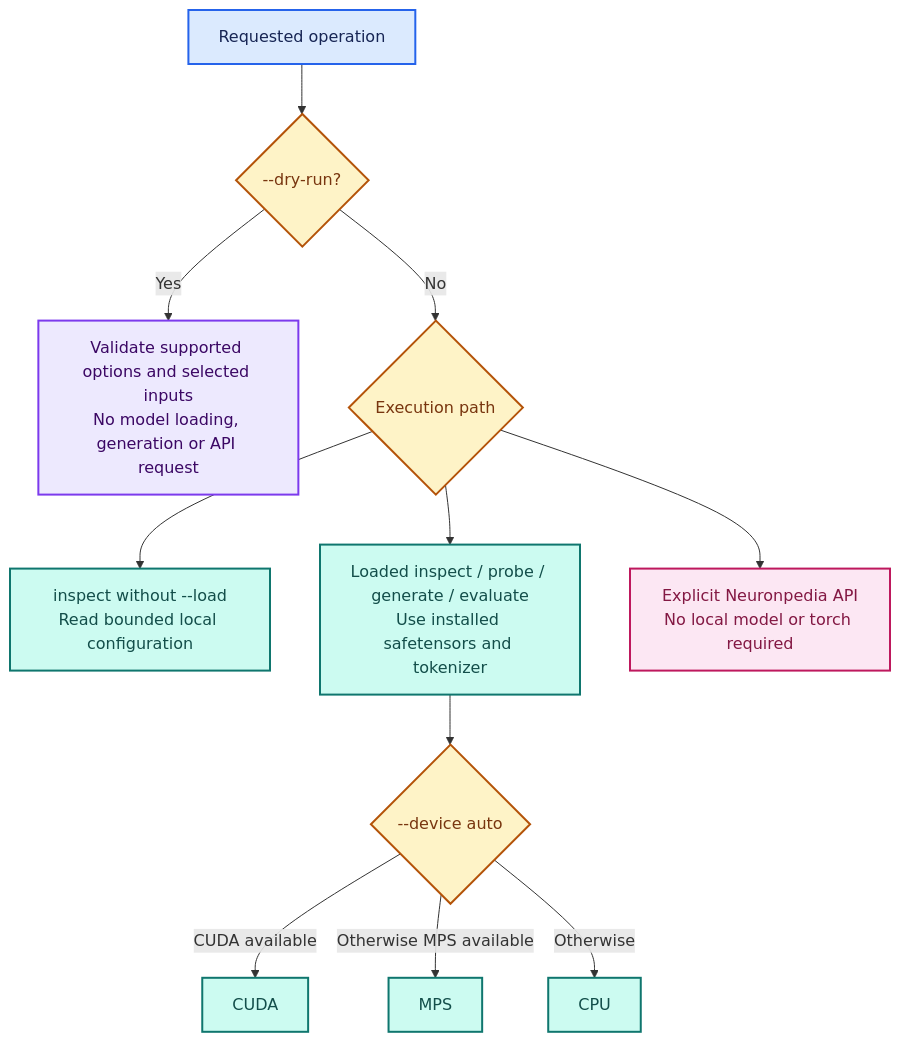
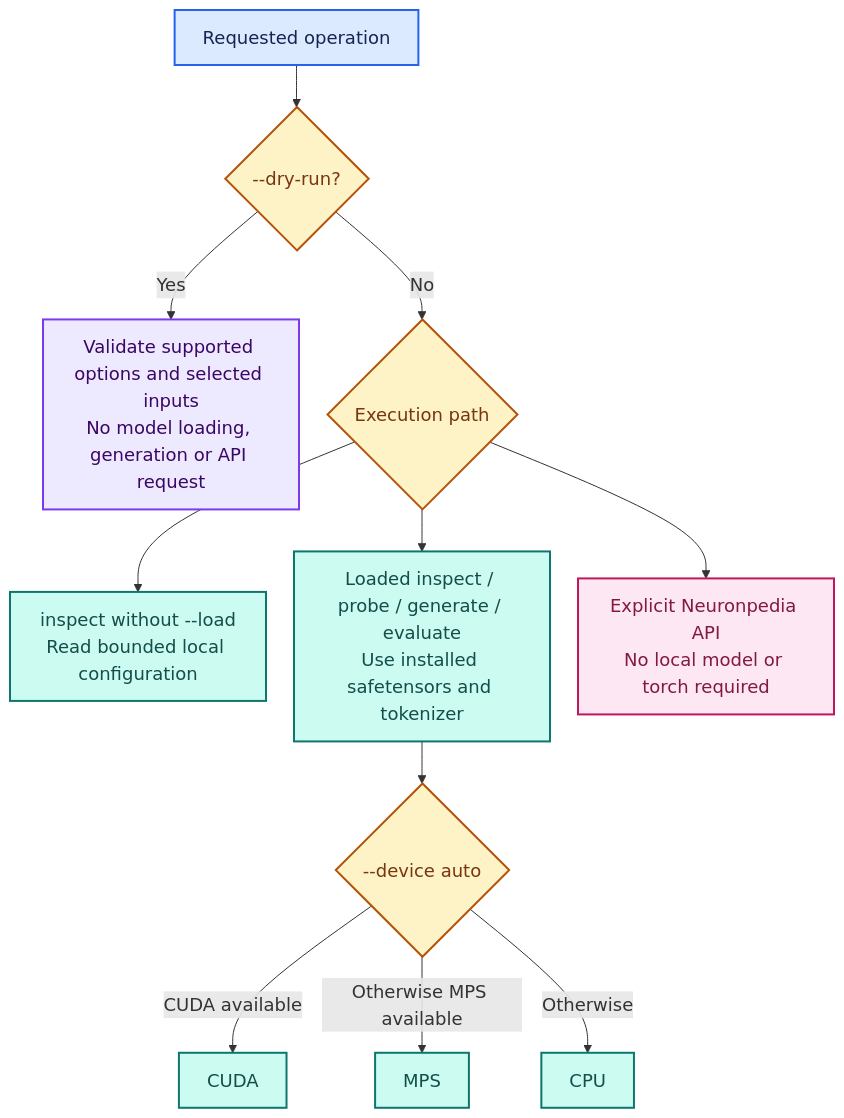
One commit to djayuffe/neuron-steer changed diagram 15 of 16 in VISUAL_GUIDE.md. Above: the diagram before and after it, drawn with Mermaid. The commit also changed other lines of this file and 6 other files, not shown here.

Commit message:
Improve reading paths, diagram typography and ELI5 concept explanations

````diff
--- a/VISUAL_GUIDE.md
+++ b/VISUAL_GUIDE.md
@@ -565,21 +887,33 @@
 ```mermaid
+---
+config:
+  fontFamily: Arial, Helvetica, sans-serif
+  fontSize: 18
+  themeVariables:
+    fontFamily: Arial, Helvetica, sans-serif
+    fontSize: 18px
+  flowchart:
+    nodeSpacing: 28
+    rankSpacing: 42
+    padding: 14
+---
 flowchart TB
   accTitle: Runtime and preview modes have distinct costs
   accDescr: Dry-run avoids loading weights. Static inspection reads configuration, loaded inspection and local forwards need optional runtimes. Auto device selection prefers CUDA then MPS then CPU.
-O["Requested operation"]:::input --> D{"--dry-run?"}:::choice
+  O["Requested operation"]:::input --> D{"--dry-run?"}:::choice
   D -- "Yes" --> P["Validate supported options and selected inputs<br/>No model loading, generation or API request"]:::evidence
   D -- "No" --> T{"Execution path"}:::choice
   T --> I["inspect without --load<br/>Read bounded local configuration"]:::local
   T --> L["Loaded inspect / probe / generate / evaluate<br/>Use installed safetensors and tokenizer"]:::local
   T --> N["Explicit Neuronpedia API<br/>No local model or torch required"]:::remote
   L --> G{"--device auto"}:::choice
   G -- "CUDA available" --> C["CUDA"]:::local
   G -- "Otherwise MPS available" --> M["MPS"]:::local
   G -- "Otherwise" --> B["CPU"]:::local
   classDef input fill:#DBEAFE,stroke:#2563EB,color:#172554,stroke-width:2px;
   classDef local fill:#CCFBF1,stroke:#0F766E,color:#134E4A,stroke-width:2px;
   classDef choice fill:#FEF3C7,stroke:#B45309,color:#78350F,stroke-width:2px;
   classDef evidence fill:#EDE9FE,stroke:#7C3AED,color:#3B0764,stroke-width:2px;
   classDef remote fill:#FCE7F3,stroke:#BE185D,color:#831843,stroke-width:2px;
   classDef limit fill:#FEE2E2,stroke:#DC2626,color:#7F1D1D,stroke-width:2px;
 ```
````
